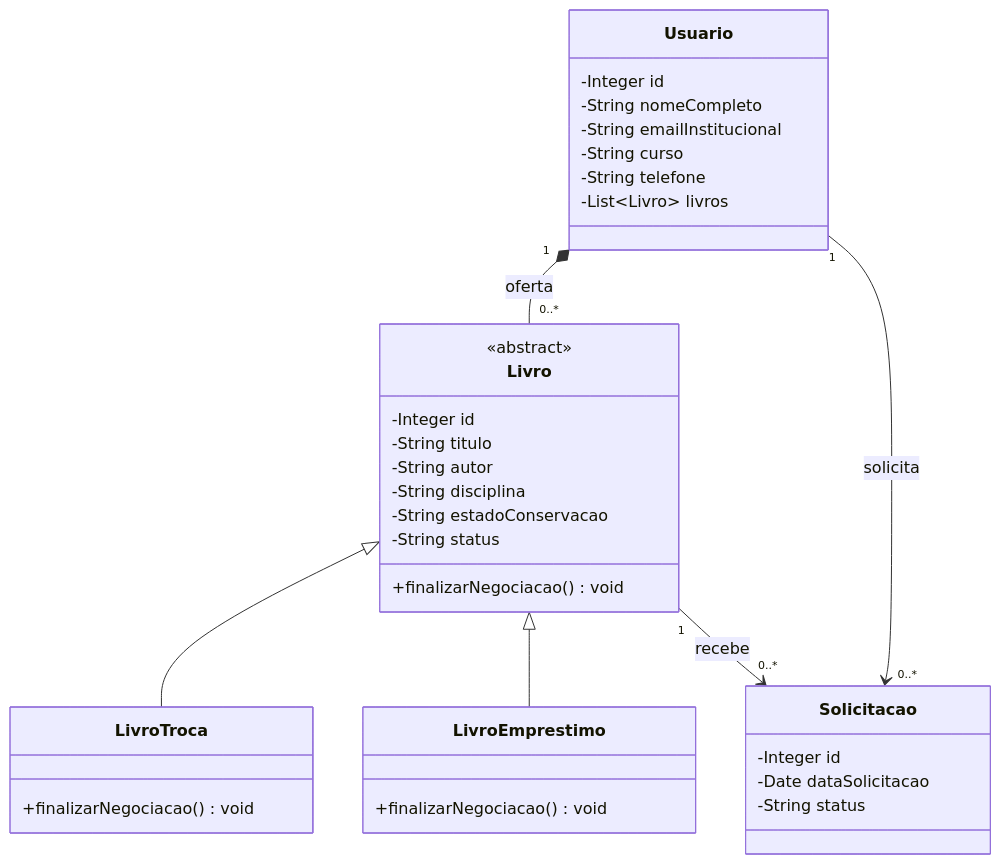
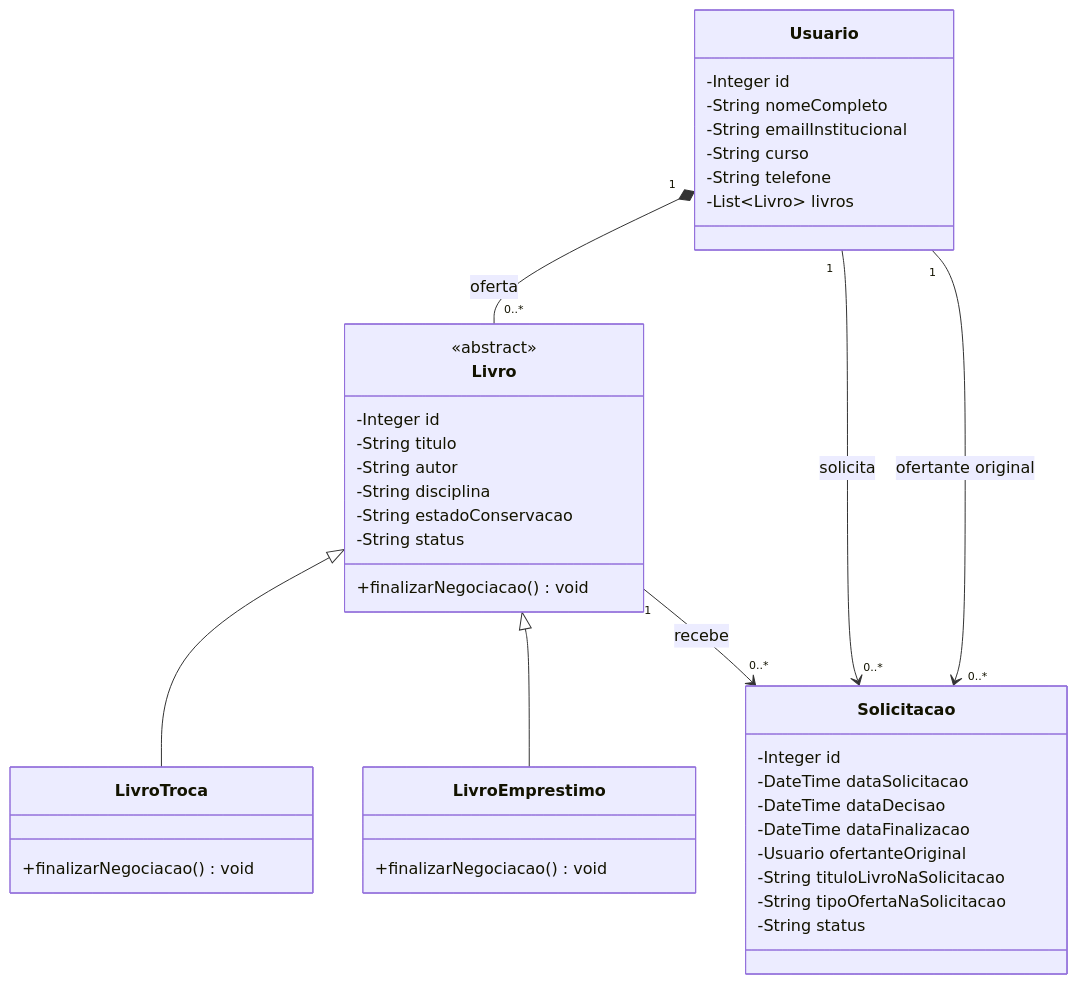
One commit to Caua-07/aep-ESOFT4SNB changed the first of 2 diagrams in docs/diagramas.md. Above: the diagram before and after it, drawn with Mermaid. The commit also changed other lines of this file and 6 other files, not shown here.

````diff
--- a/docs/diagramas.md
+++ b/docs/diagramas.md
@@ -9,37 +9,43 @@
 ```mermaid
 classDiagram
     class Usuario {
         -Integer id
         -String nomeCompleto
         -String emailInstitucional
         -String curso
         -String telefone
         -List~Livro~ livros
     }
     class Livro {
         <<abstract>>
         -Integer id
         -String titulo
         -String autor
         -String disciplina
         -String estadoConservacao
         -String status
         +finalizarNegociacao() void
     }
     class LivroTroca {
         +finalizarNegociacao() void
     }
     class LivroEmprestimo {
         +finalizarNegociacao() void
     }
     class Solicitacao {
         -Integer id
-        -Date dataSolicitacao
+        -DateTime dataSolicitacao
+        -DateTime dataDecisao
+        -DateTime dataFinalizacao
+        -Usuario ofertanteOriginal
+        -String tituloLivroNaSolicitacao
+        -String tipoOfertaNaSolicitacao
         -String status
     }
     Livro <|-- LivroTroca
     Livro <|-- LivroEmprestimo
     Usuario "1" *-- "0..*" Livro : oferta
     Usuario "1" --> "0..*" Solicitacao : solicita
+    Usuario "1" --> "0..*" Solicitacao : ofertante original
     Livro "1" --> "0..*" Solicitacao : recebe
 ```
````
